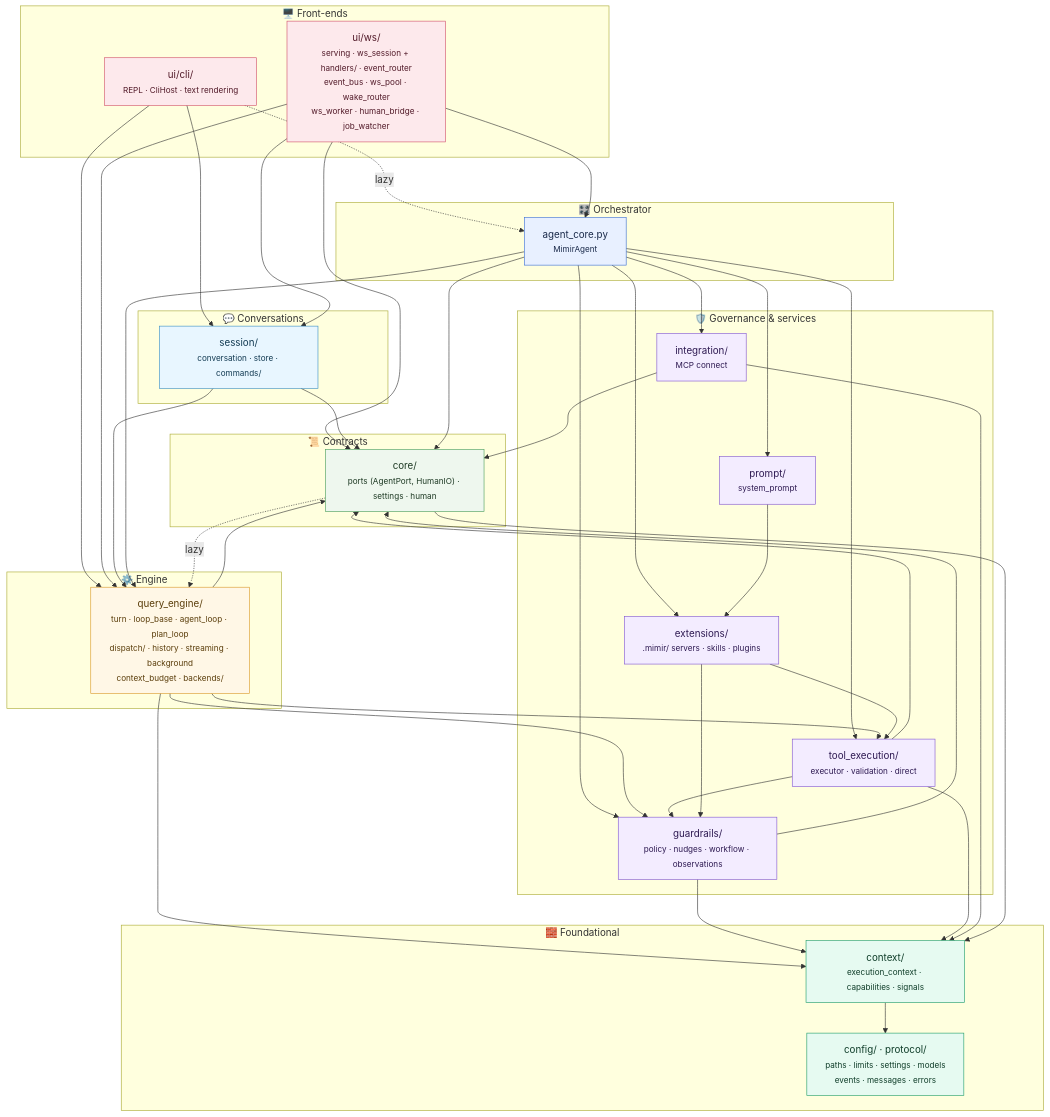
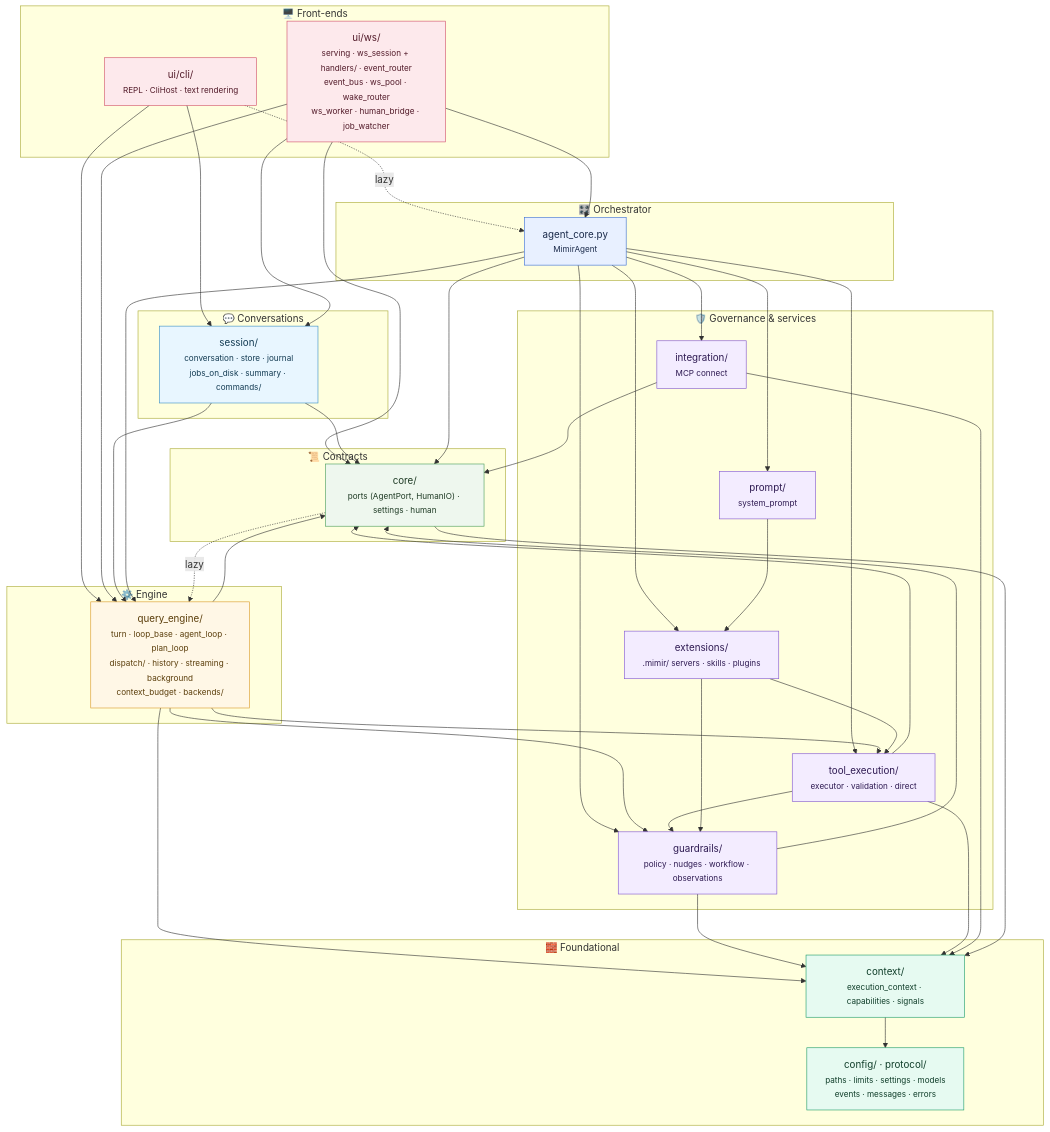
The diagram in ARCHITECTURE.md (MIMIR-LLM4CSE/MIMIR), drawn with Mermaid before and after one commit. The commit also changed other lines of this file and 45 other files, not shown here.

```diff
--- a/ARCHITECTURE.md
+++ b/ARCHITECTURE.md
@@ -17,7 +17,7 @@
         ws["ui/ws/<br/><small>serving · ws_session + handlers/ · event_router<br/>event_bus · ws_pool · wake_router<br/>ws_worker · human_bridge · job_watcher</small>"]
     end
     subgraph SES["💬 Conversations"]
-        session["session/<br/><small>conversation · store · commands/</small>"]
+        session["session/<br/><small>conversation · store · journal<br/>jobs_on_disk · summary · commands/</small>"]
     end
     subgraph ORCH["🎛️ Orchestrator"]
         agent["agent_core.py<br/><small>MimirAgent</small>"]
```
